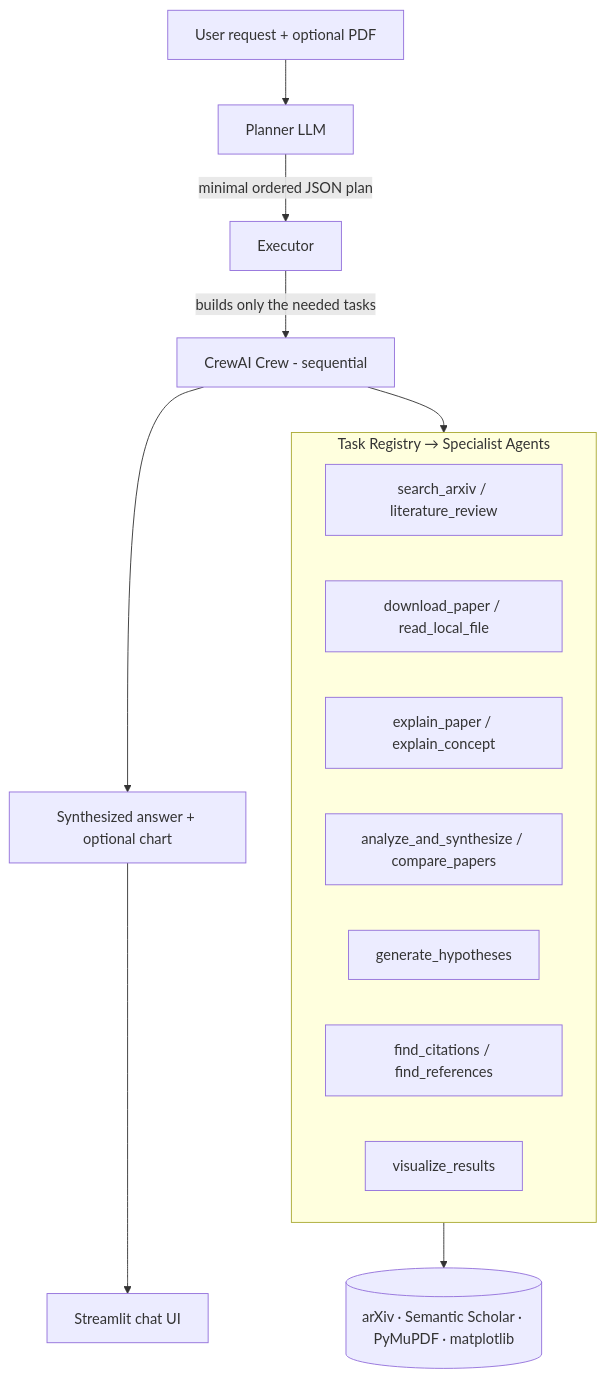
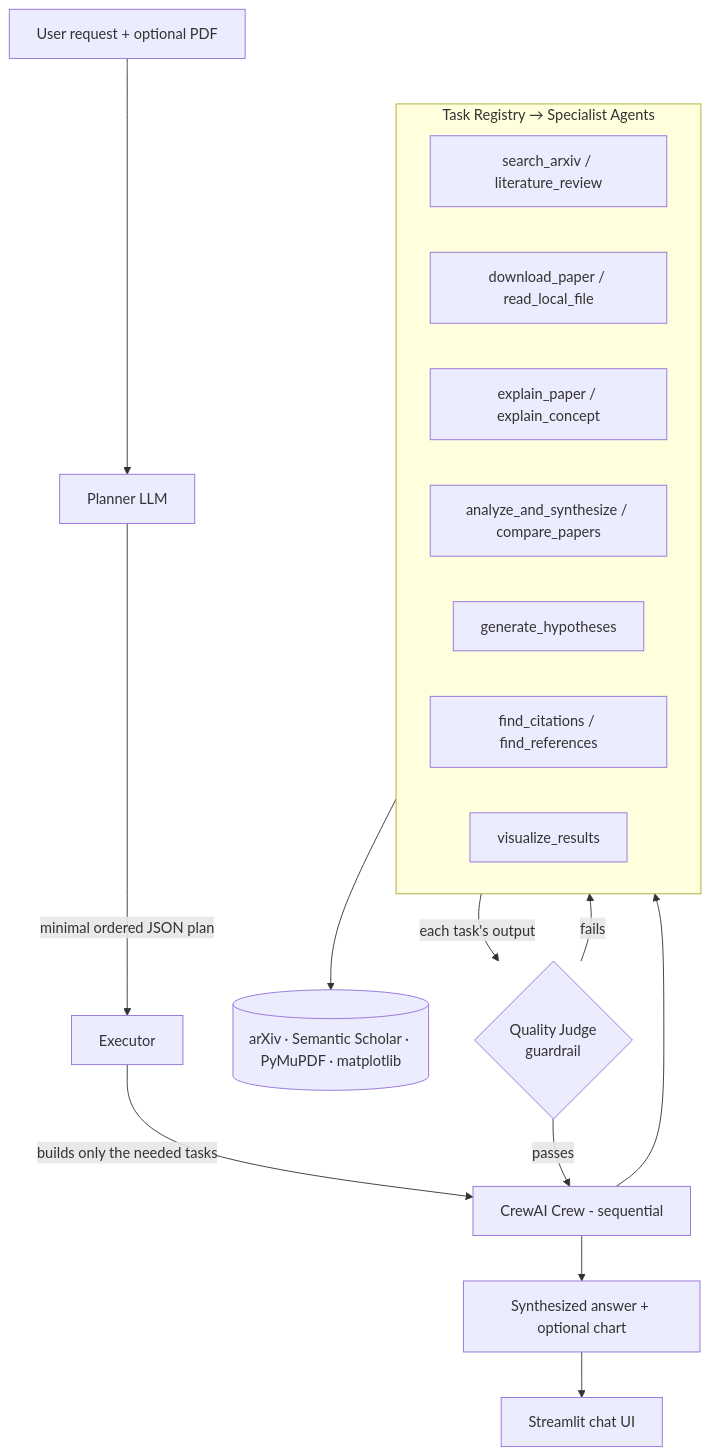
The diagram in README.md (satyazm/Agentic-Research-Assistant), drawn with Mermaid before and after one commit. The commit also changed other lines of this file and 4 other files, not shown here.

First line of the commit message:
Add self-correcting execution via a quality-judge guardrail

````diff
--- a/README.md
+++ b/README.md
@@ -33,22 +33,25 @@
 ```mermaid
 flowchart TD
     U[User request + optional PDF] --> P[Planner LLM]
     P -->|minimal ordered JSON plan| E[Executor]
     E -->|builds only the needed tasks| C[CrewAI Crew - sequential]
 
     subgraph Registry[Task Registry → Specialist Agents]
         direction LR
         T1[search_arxiv / literature_review]
         T2[download_paper / read_local_file]
         T3[explain_paper / explain_concept]
         T4[analyze_and_synthesize / compare_papers]
         T5[generate_hypotheses]
         T6[find_citations / find_references]
         T7[visualize_results]
     end
 
     C --> Registry
     Registry --> Tools[(arXiv · Semantic Scholar · PyMuPDF · matplotlib)]
+    Registry -->|each task's output| J{Quality Judge<br/>guardrail}
+    J -->|fails| Registry
+    J -->|passes| C
     C --> R[Synthesized answer + optional chart]
     R --> UI[Streamlit chat UI]
 ```
````
